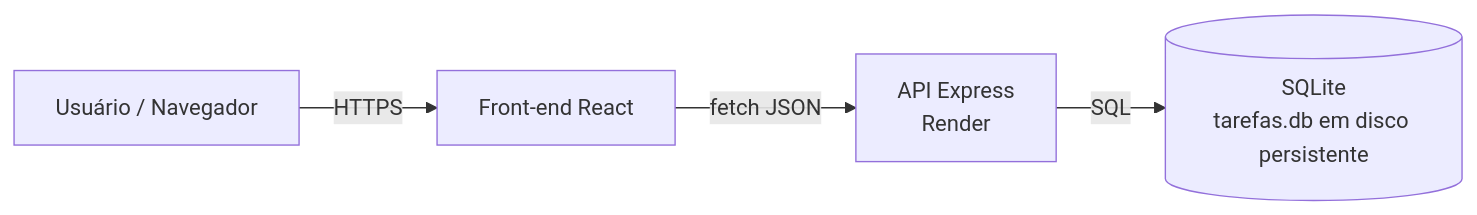
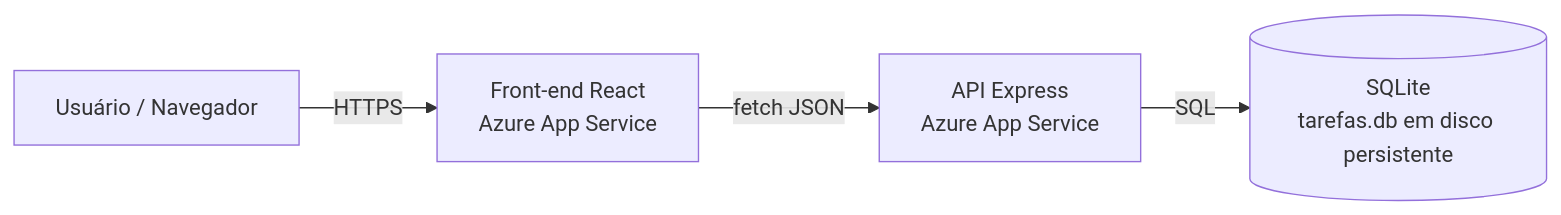
One commit to Brun0Kenji/GS-CloudSec changed the first of 3 diagrams in README.md. Above: the diagram before and after it, drawn with Mermaid. The commit also changed other lines of this file and 4 other files, not shown here.

````diff
--- a/README.md
+++ b/README.md
@@ -11,6 +11,6 @@
 ```mermaid
 flowchart LR
-  U[Usuário / Navegador] -->|HTTPS| F[Front-end React<br/>]
-  F -->|fetch JSON| A[API Express<br/>Render]
+  U[Usuário / Navegador] -->|HTTPS| F[Front-end React<br/>Azure App Service]
+  F -->|fetch JSON| A[API Express<br/>Azure App Service]
   A -->|SQL| D[(SQLite<br/>tarefas.db em disco persistente)]
 ```
````
